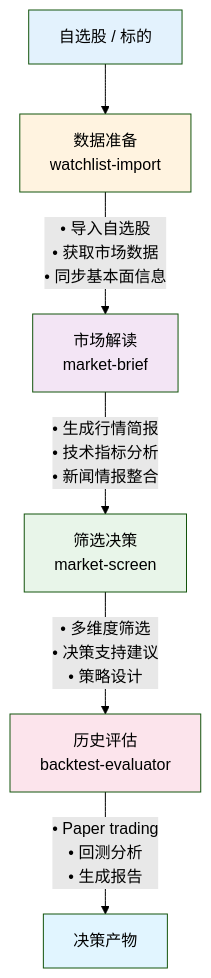
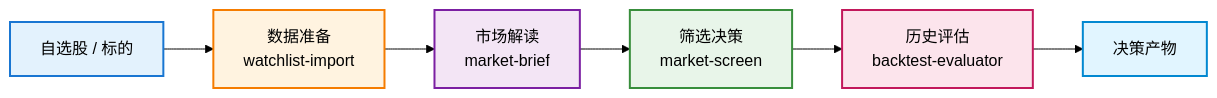
Before and after one commit to NatsuFox/A-Stockit: the first of 2 diagrams in README.md, drawn with Mermaid (forest theme). The commit also changed other lines of this file, not shown here.

First line of the commit message:
docs(readme): change workflow diagrams to left-to-right layout

````diff
--- a/README.md
+++ b/README.md
@@ -185,15 +185,15 @@
 ```mermaid
-flowchart TD
+flowchart LR
     A[自选股 / 标的] --> B[数据准备<br/>watchlist-import]
-    B --> |• 导入自选股<br/>• 获取市场数据<br/>• 同步基本面信息| C[市场解读<br/>market-brief]
-    C --> |• 生成行情简报<br/>• 技术指标分析<br/>• 新闻情报整合| D[筛选决策<br/>market-screen]
-    D --> |• 多维度筛选<br/>• 决策支持建议<br/>• 策略设计| E[历史评估<br/>backtest-evaluator]
-    E --> |• Paper trading<br/>• 回测分析<br/>• 生成报告| F[决策产物]
+    B --> C[市场解读<br/>market-brief]
+    C --> D[筛选决策<br/>market-screen]
+    D --> E[历史评估<br/>backtest-evaluator]
+    E --> F[决策产物]
 
-    style A fill:#e3f2fd
-    style B fill:#fff3e0
-    style C fill:#f3e5f5
-    style D fill:#e8f5e9
-    style E fill:#fce4ec
-    style F fill:#e1f5ff
+    style A fill:#e3f2fd,stroke:#1976d2,stroke-width:2px
+    style B fill:#fff3e0,stroke:#f57c00,stroke-width:2px
+    style C fill:#f3e5f5,stroke:#7b1fa2,stroke-width:2px
+    style D fill:#e8f5e9,stroke:#388e3c,stroke-width:2px
+    style E fill:#fce4ec,stroke:#c2185b,stroke-width:2px
+    style F fill:#e1f5ff,stroke:#0288d1,stroke-width:2px
 ```
````
